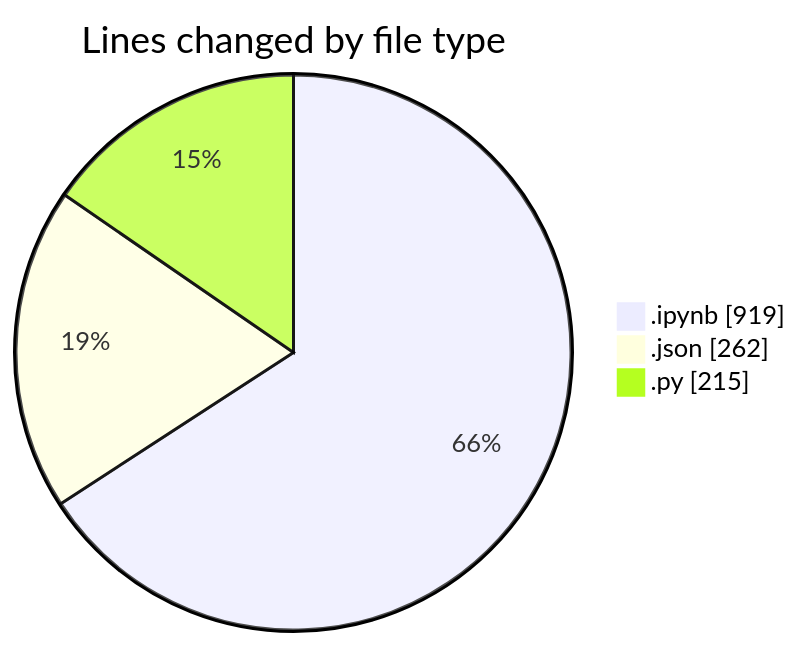
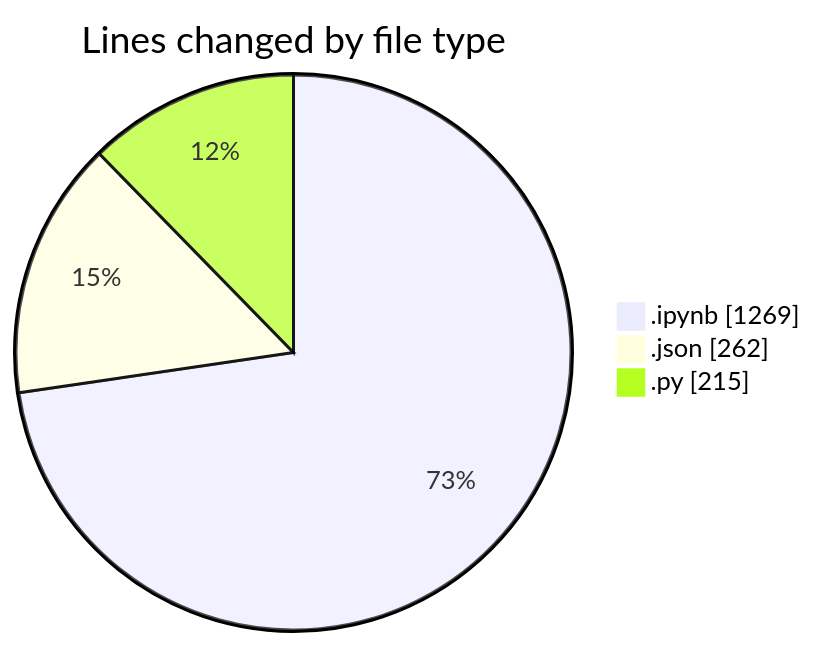
The first of 2 diagrams in 2025-10-13/mencoba/README.md (idhammustaqopulfikri/code-tracking), drawn with Mermaid before and after one commit. The commit also changed other lines of this file and 1 other file, not shown here.

````diff
--- a/2025-10-13/mencoba/README.md
+++ b/2025-10-13/mencoba/README.md
@@ -23,7 +23,7 @@
 ```mermaid
 pie showData
 title Lines changed by file type
-".ipynb" : 919
+".ipynb" : 1269
 ".json" : 262
 ".py" : 215
 ```
````
